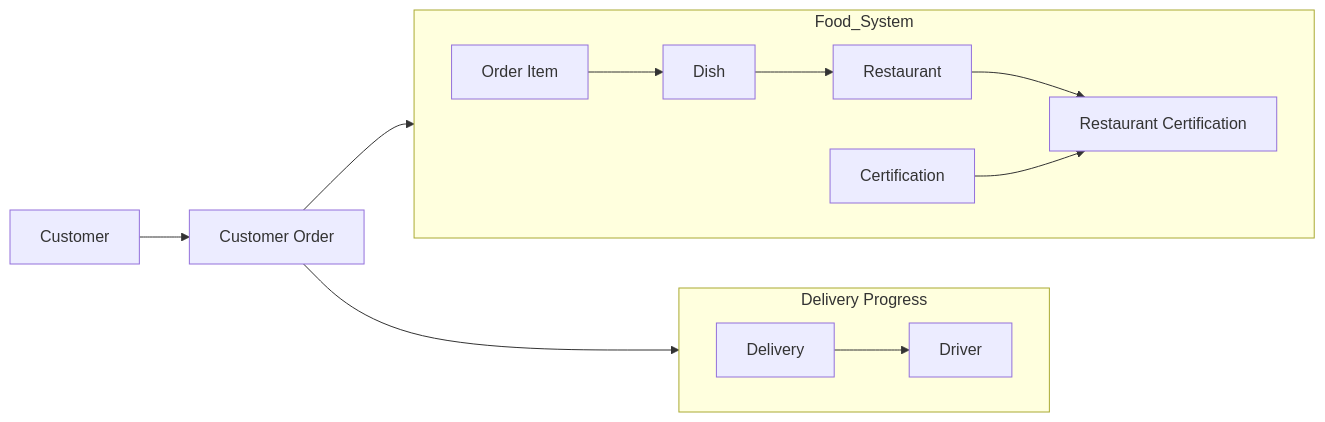
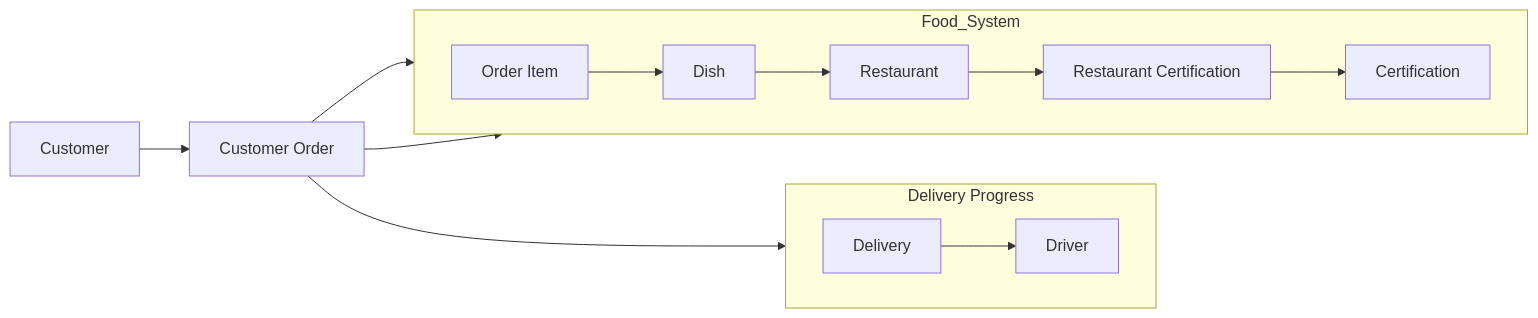
Before and after one commit to NosrevytsNg/Relational-Design-SQL-Implementation-Food-Delivery-Database-System: the second of 2 diagrams in README.md, drawn with Mermaid.

Commit message:
update database structure flowchart

````diff
--- a/README.md
+++ b/README.md
@@ -68,33 +68,34 @@
 ```mermaid
 flowchart LR
 
 Customer[Customer]
 Order[Customer Order]
 
 %% Upper section (Driver chain)
 subgraph Delivery Progress
 direction LR
 Driver[Driver]
 Delivery[Delivery]
 Delivery --> Driver
 end
 
 %% Lower section (Food chain)
 subgraph Food_System
 direction LR
 OrderItem[Order Item]
 Dish[Dish]
 Restaurant[Restaurant]
 Certification[Certification]
 RestaurantCertification[Restaurant Certification]
 
 OrderItem --> Dish
 Dish --> Restaurant
 Restaurant --> RestaurantCertification
-Certification --> RestaurantCertification
+RestaurantCertification --> Certification
 end
 
 Customer --> Order
 Order --> OrderItem
-Order --> Driver
+Order --> Restaurant
+Order --> Delivery
 ```
````
